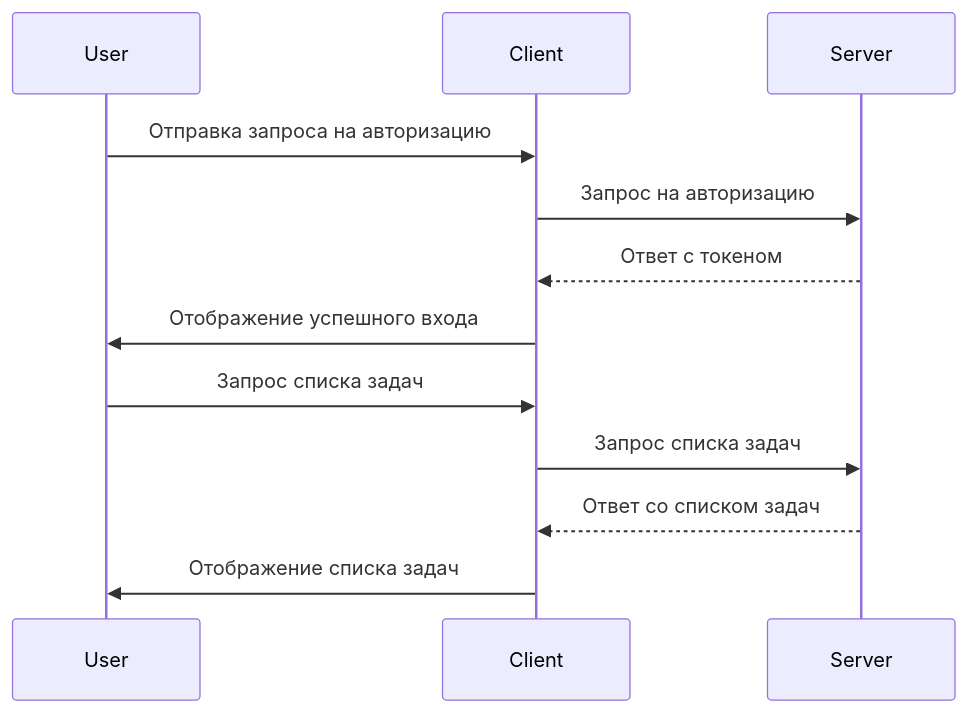
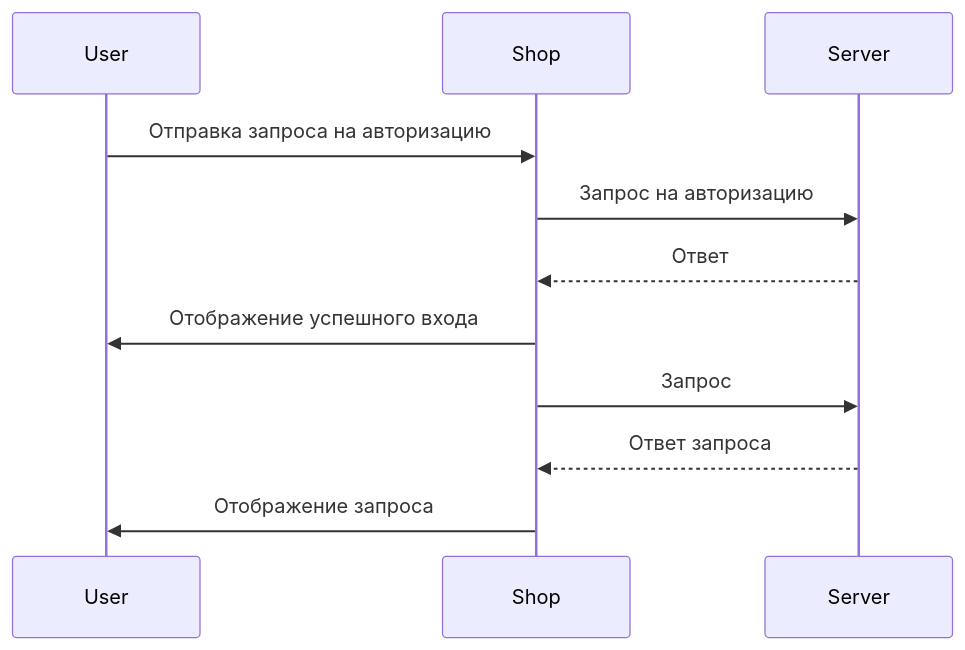
One commit to XTRLdontwantyou/ShafeevIS32K changed the diagram in README.md. Above: the diagram before and after it, drawn with Mermaid.

````diff
--- a/README.md
+++ b/README.md
@@ -3,14 +3,13 @@
 ```mermaid
 sequenceDiagram
     participant User
-    participant Client
+    participant Shop
     participant Server
-    User->>Client: Отправка запроса на авторизацию
-    Client->>Server: Запрос на авторизацию
-    Server-->>Client: Ответ с токеном
-    Client->>User: Отображение успешного входа
-    User->>Client: Запрос списка задач
-    Client->>Server: Запрос списка задач
-    Server-->>Client: Ответ со списком задач
-    Client->>User: Отображение списка задач
+    User->>Shop: Отправка запроса на авторизацию
+    Shop->>Server: Запрос на авторизацию
+    Server-->>Shop: Ответ
+    Shop->>User: Отображение успешного входа
+    Shop->>Server: Запрос 
+    Server-->>Shop: Ответ запроса
+    Shop->>User: Отображение запроса
 ```
````
